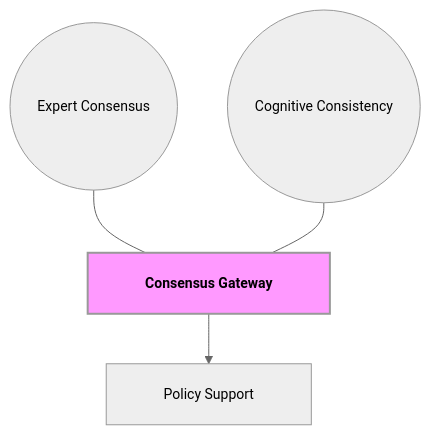
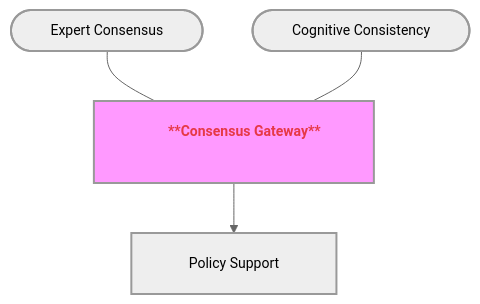
The seventh of 8 diagrams in Communication_Influence/Mastery_Guide_SOW_BS033.md (GM024/CourseSummaries), drawn with Mermaid before and after one commit. The commit also changed other lines of this file, not shown here.

Commit message:
Final Structural Overhaul: GitHub-optimized diagrams, red-bold verbatim nodes, and 150w+ descriptive APA notes

````diff
--- a/Communication_Influence/Mastery_Guide_SOW_BS033.md
+++ b/Communication_Influence/Mastery_Guide_SOW_BS033.md
@@ -234,12 +237,13 @@
 ```mermaid
 %%{init: { 'flowchart': { 'padding': 20, 'nodeSpacing': 50, 'rankSpacing': 50, 'useMaxWidth': false }, 'theme': 'neutral', 'themeVariables': { 'fontSize': '14px' }}}%%
 graph TD
-    Hub["&nbsp;&nbsp;&nbsp;&nbsp; Consensus Gateway &nbsp;&nbsp;&nbsp;&nbsp;"]:::hubNode
+    Hub["&nbsp;&nbsp;&nbsp;&nbsp;&nbsp;&nbsp; <span style='color:#e63946'>**Consensus Gateway**</span> &nbsp;&nbsp;&nbsp;&nbsp;&nbsp;&nbsp;"]:::hubNode
     
-    S1(("&nbsp;&nbsp;&nbsp;&nbsp; Expert Consensus &nbsp;&nbsp;&nbsp;&nbsp;")) --- Hub
-    S2(("&nbsp;&nbsp;&nbsp;&nbsp; Cognitive Consistency &nbsp;&nbsp;&nbsp;&nbsp;")) --- Hub
+    S1(["&nbsp;&nbsp;&nbsp;&nbsp;&nbsp;&nbsp; Expert Consensus &nbsp;&nbsp;&nbsp;&nbsp;&nbsp;&nbsp;"]) --- Hub
+    S2(["&nbsp;&nbsp;&nbsp;&nbsp;&nbsp;&nbsp; Cognitive Consistency &nbsp;&nbsp;&nbsp;&nbsp;&nbsp;&nbsp;"]) --- Hub
     
     Hub --> B1["&nbsp;&nbsp;&nbsp;&nbsp; Policy Support &nbsp;&nbsp;&nbsp;&nbsp;"]
     
     classDef hubNode font-weight:bold,stroke-width:2px,fill:#f9f;
+    classDef default stroke-width:2px;
 ```
````
